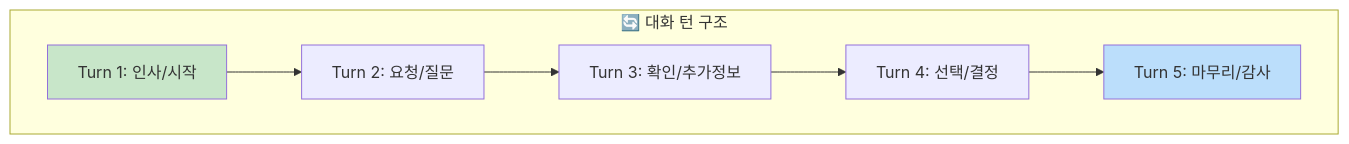
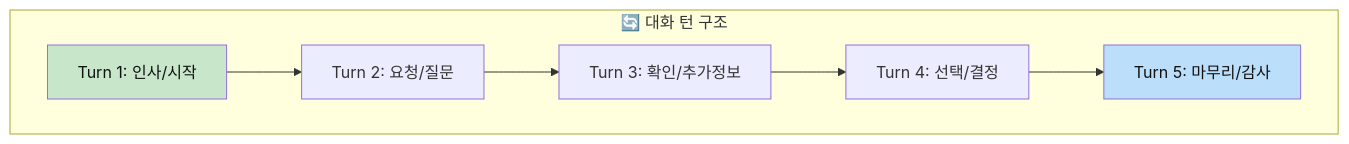
One commit to Collegenie-X/AI-English changed the third of 6 diagrams in 영어_일상_회화/화상-영어-전체-구성도.md. Above: the diagram before and after it, drawn with Mermaid. The commit also changed other lines of this file and 26 other files, not shown here.

````diff
--- a/영어_일상_회화/화상-영어-전체-구성도.md
+++ b/영어_일상_회화/화상-영어-전체-구성도.md
@@ -110,15 +110,15 @@
 ```mermaid
 flowchart TB
     subgraph TURN["🔄 대화 턴 구조"]
         T1["Turn 1: 인사/시작"]
         T2["Turn 2: 요청/질문"]
         T3["Turn 3: 확인/추가정보"]
         T4["Turn 4: 선택/결정"]
         T5["Turn 5: 마무리/감사"]
     end
     
     T1 --> T2 --> T3 --> T4 --> T5
     
-    style T1 fill:#c8e6c9
-    style T5 fill:#bbdefb
+    style T1 fill:#c8e6c9,color:#111
+    style T5 fill:#bbdefb,color:#111
 ```
````
